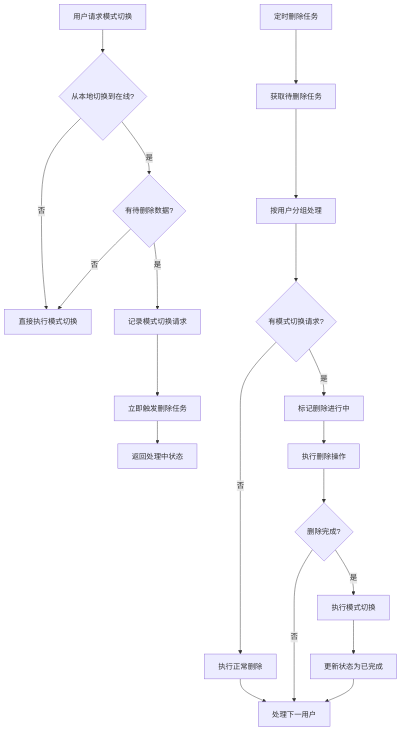
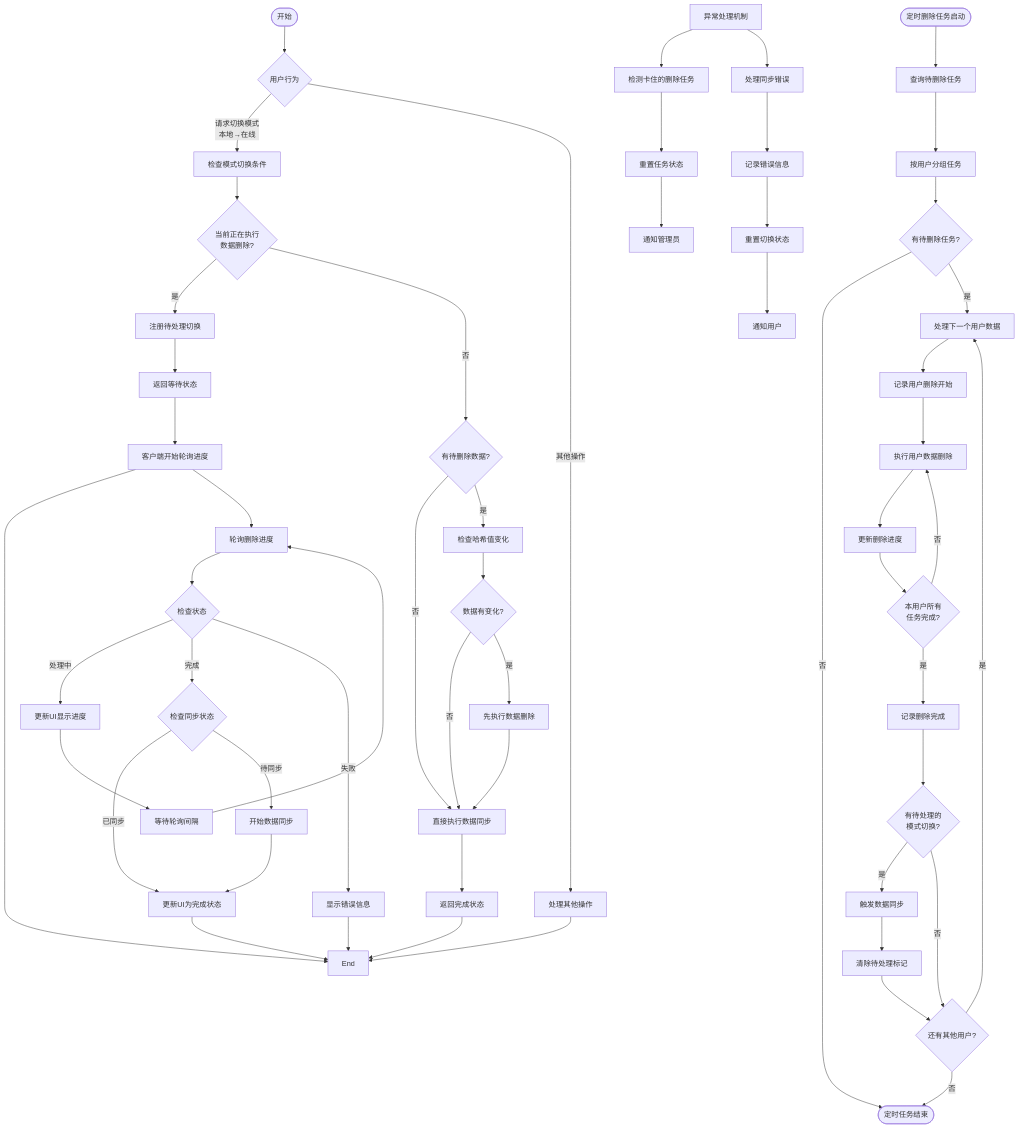
Before and after one commit to yingjianzh/iodraw-files: the diagram in all/未命名-57.md, drawn with Mermaid.

Commit message:
2025-05-12 11:13:20 update

````diff
--- a/all/未命名-57.md
+++ b/all/未命名-57.md
@@ -1,26 +1,87 @@
 ```mermaid
 flowchart TD
-    API[用户请求模式切换] --> CheckMode{从本地切换到在线?}
-    CheckMode -->|否| DirectSwitch[直接执行模式切换]
-    CheckMode -->|是| CheckDeletion{有待删除数据?}
+    %% 主流程分支
+    Start([开始]) --> UserAction{用户行为}
+    UserAction -->|请求切换模式\n本地→在线| ModeSwitchCheck[检查模式切换条件]
+    UserAction -->|其他操作| OtherOperations[处理其他操作]
+    OtherOperations --> End
     
-    CheckDeletion -->|否| DirectSwitch
-    CheckDeletion -->|是| RecordRequest[记录模式切换请求]
-    RecordRequest --> TriggerDeletion[立即触发删除任务]
-    TriggerDeletion --> ReturnProcessing[返回处理中状态]
+    %% 定时任务分支
+    ScheduledTask([定时删除任务启动]) --> QueryDeletions[查询待删除任务]
+    QueryDeletions --> GroupByUser[按用户分组任务]
+    GroupByUser --> HasTasks{有待删除任务?}
+    HasTasks -->|否| TaskEnd([定时任务结束])
+    HasTasks -->|是| ProcessNextUser[处理下一个用户数据]
     
-    ScheduledTask[定时删除任务] --> FetchTasks[获取待删除任务]
-    FetchTasks --> ProcessByUser[按用户分组处理]
-    ProcessByUser --> CheckSwitch{有模式切换请求?}
+    %% 处理每个用户的删除任务
+    ProcessNextUser --> RecordStart[记录用户删除开始]
+    RecordStart --> DeleteUserData[执行用户数据删除]
+    DeleteUserData --> UpdateProgress[更新删除进度]
     
-    CheckSwitch -->|是| MarkProcessing[标记删除进行中]
-    CheckSwitch -->|否| RegularDelete[执行正常删除]
-    MarkProcessing --> ExecuteDelete[执行删除操作]
-    RegularDelete --> NextUser[处理下一用户]
+    UpdateProgress --> AllCompleted{本用户所有\n任务完成?}
+    AllCompleted -->|否| DeleteUserData
     
-    ExecuteDelete --> CheckComplete{删除完成?}
-    CheckComplete -->|否| NextUser
-    CheckComplete -->|是| PerformSwitch[执行模式切换]
-    PerformSwitch --> UpdateStatus[更新状态为已完成]
-    UpdateStatus --> NextUser
+    AllCompleted -->|是| RecordCompletion[记录删除完成]
+    RecordCompletion --> CheckPendingSwitch{有待处理的\n模式切换?}
+    
+    CheckPendingSwitch -->|是| TriggerSync[触发数据同步]
+    CheckPendingSwitch -->|否| NextUserCheck{还有其他用户?}
+    
+    TriggerSync --> ClearPending[清除待处理标记]
+    ClearPending --> NextUserCheck
+    
+    NextUserCheck -->|是| ProcessNextUser
+    NextUserCheck -->|否| TaskEnd
+    
+    %% 模式切换检查流程
+    ModeSwitchCheck --> CheckDeletionInProgress{当前正在执行\n数据删除?}
+    
+    CheckDeletionInProgress -->|是| RegisterPending[注册待处理切换]
+    RegisterPending --> ReturnWaiting[返回等待状态]
+    ReturnWaiting --> ClientPolling[客户端开始轮询进度]
+    ClientPolling --> End
+    
+    CheckDeletionInProgress -->|否| CheckPendingDeletion{有待删除数据?}
+    
+    CheckPendingDeletion -->|否| ExecuteDataSync[直接执行数据同步]
+    ExecuteDataSync --> ReturnComplete[返回完成状态]
+    ReturnComplete --> End
+    
+    CheckPendingDeletion -->|是| CheckHashValues[检查哈希值变化]
+    
+    CheckHashValues --> DataChanged{数据有变化?}
+    
+    DataChanged -->|否| ExecuteDataSync
+    
+    DataChanged -->|是| DeleteBeforeSync[先执行数据删除]
+    DeleteBeforeSync --> ExecuteDataSync
+    
+    %% 客户端轮询流程
+    ClientPolling --> PollProgress[轮询删除进度]
+    PollProgress --> CheckStatus{检查状态}
+    
+    CheckStatus -->|处理中| UpdateUI[更新UI显示进度]
+    UpdateUI --> WaitInterval[等待轮询间隔]
+    WaitInterval --> PollProgress
+    
+    CheckStatus -->|完成| CheckSyncState{检查同步状态}
+    
+    CheckSyncState -->|已同步| CompleteUI[更新UI为完成状态]
+    CompleteUI --> End
+    
+    CheckSyncState -->|待同步| StartSync[开始数据同步]
+    StartSync --> CompleteUI
+    
+    CheckStatus -->|失败| ShowError[显示错误信息]
+    ShowError --> End
+    
+    %% 异常处理流程
+    SubGraph1[异常处理机制] --> DetectStalled[检测卡住的删除任务]
+    DetectStalled --> ResetTask[重置任务状态]
+    ResetTask --> NotifyAdmin[通知管理员]
+    
+    SubGraph1 --> HandleSyncError[处理同步错误]
+    HandleSyncError --> LogError[记录错误信息]
+    LogError --> ResetSwitch[重置切换状态]
+    ResetSwitch --> NotifyUser[通知用户]
 ```
````
